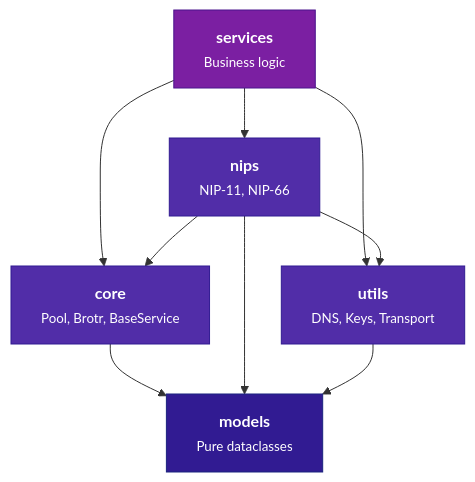
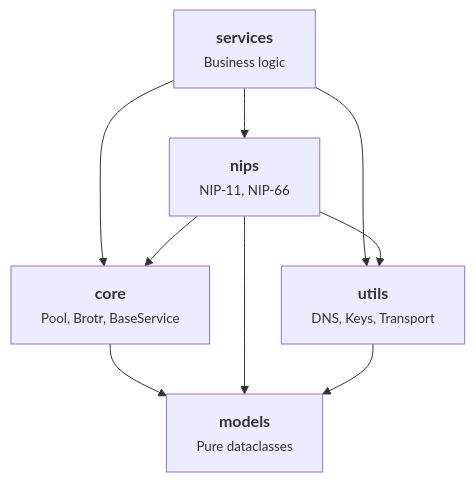
The diagram in docs/_snippets/dag-diagram.md (BigBrotr/bigbrotr), drawn with Mermaid before and after one commit. The commit also changed 7 other files, not shown here.

First line of the commit message:
docs: fix site styling, broken icons, and Mermaid diagrams

````diff
--- a/docs/_snippets/dag-diagram.md
+++ b/docs/_snippets/dag-diagram.md
@@ -1,23 +1,17 @@
 ```mermaid
 graph TD
     S["<b>services</b><br/><small>Business logic</small>"]
     C["<b>core</b><br/><small>Pool, Brotr, BaseService</small>"]
     N["<b>nips</b><br/><small>NIP-11, NIP-66</small>"]
     U["<b>utils</b><br/><small>DNS, Keys, Transport</small>"]
     M["<b>models</b><br/><small>Pure dataclasses</small>"]
 
     S --> C
     S --> N
     S --> U
     N --> C
     N --> U
     C --> M
     N --> M
     U --> M
-
-    style S fill:#7B1FA2,color:#fff,stroke:#4A148C
-    style C fill:#512DA8,color:#fff,stroke:#311B92
-    style N fill:#512DA8,color:#fff,stroke:#311B92
-    style U fill:#512DA8,color:#fff,stroke:#311B92
-    style M fill:#311B92,color:#fff,stroke:#1A237E
 ```
````
